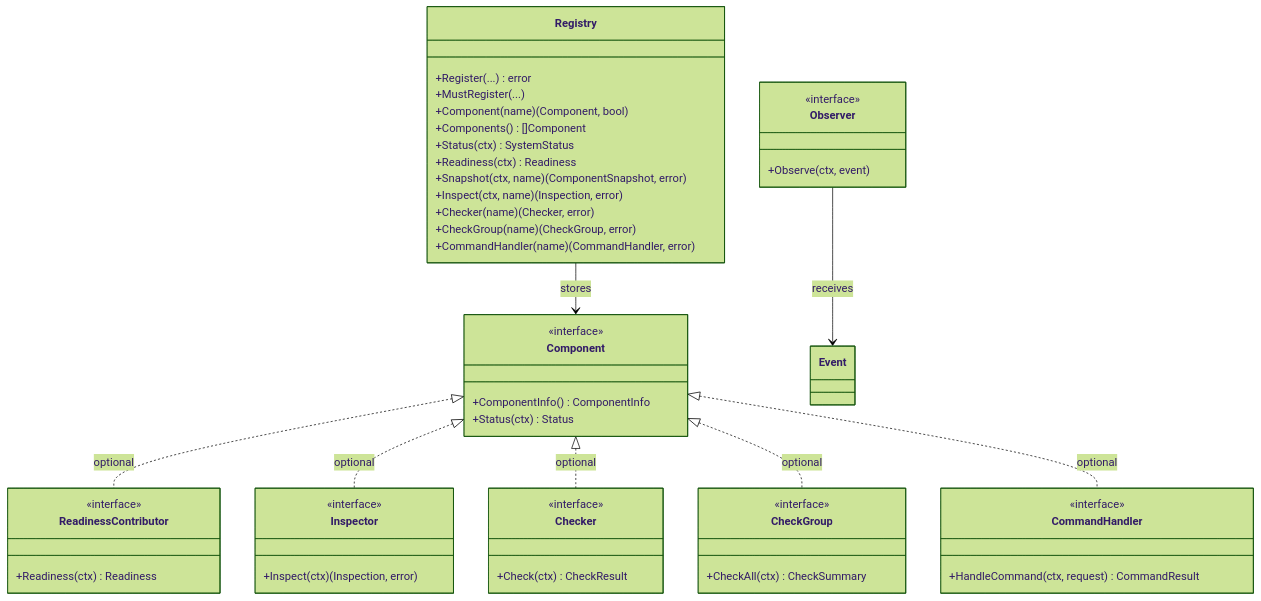
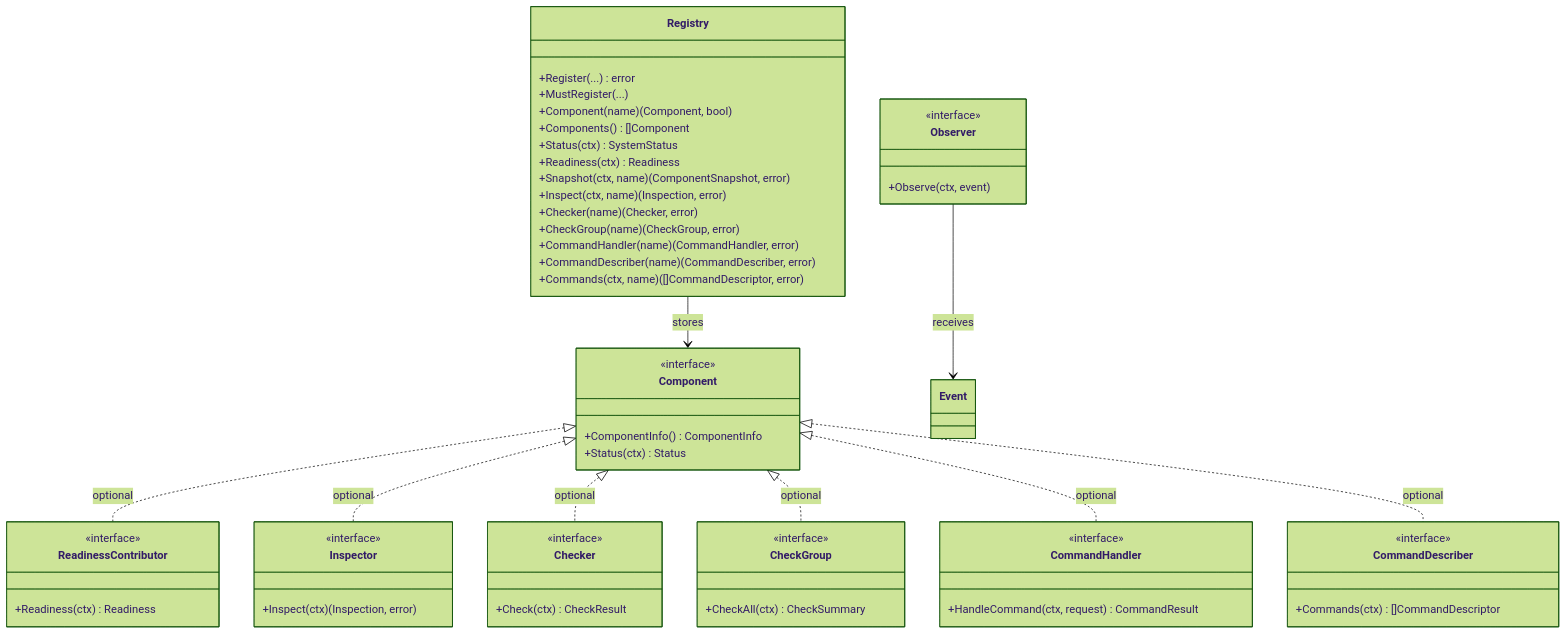
One commit to jaredjakacky/opskit changed the second of 4 diagrams in docs/design.md. Above: the diagram before and after it, drawn with Mermaid (forest theme). The commit also changed other lines of this file and 13 other files, not shown here.

````diff
--- a/docs/design.md
+++ b/docs/design.md
@@ -208,60 +212,68 @@
 ```mermaid
 classDiagram
   class Registry {
     +Register(...) error
     +MustRegister(...)
     +Component(name) (Component, bool)
     +Components() []Component
     +Status(ctx) SystemStatus
     +Readiness(ctx) Readiness
     +Snapshot(ctx, name) (ComponentSnapshot, error)
     +Inspect(ctx, name) (Inspection, error)
     +Checker(name) (Checker, error)
     +CheckGroup(name) (CheckGroup, error)
     +CommandHandler(name) (CommandHandler, error)
+    +CommandDescriber(name) (CommandDescriber, error)
+    +Commands(ctx, name) ([]CommandDescriptor, error)
   }
 
   class Component {
     <<interface>>
     +ComponentInfo() ComponentInfo
     +Status(ctx) Status
   }
 
   class ReadinessContributor {
     <<interface>>
     +Readiness(ctx) Readiness
   }
 
   class Inspector {
     <<interface>>
     +Inspect(ctx) (Inspection, error)
   }
 
   class Checker {
     <<interface>>
     +Check(ctx) CheckResult
   }
 
   class CheckGroup {
     <<interface>>
     +CheckAll(ctx) CheckSummary
   }
 
   class CommandHandler {
     <<interface>>
     +HandleCommand(ctx, request) CommandResult
   }
 
+  class CommandDescriber {
+    <<interface>>
+    +Commands(ctx) []CommandDescriptor
+  }
+
   class Observer {
     <<interface>>
     +Observe(ctx, event)
   }
 
   Registry --> Component : stores
   Component <|.. ReadinessContributor : optional
   Component <|.. Inspector : optional
   Component <|.. Checker : optional
   Component <|.. CheckGroup : optional
   Component <|.. CommandHandler : optional
+  Component <|.. CommandDescriber : optional
   Observer --> Event : receives
 ```
````
